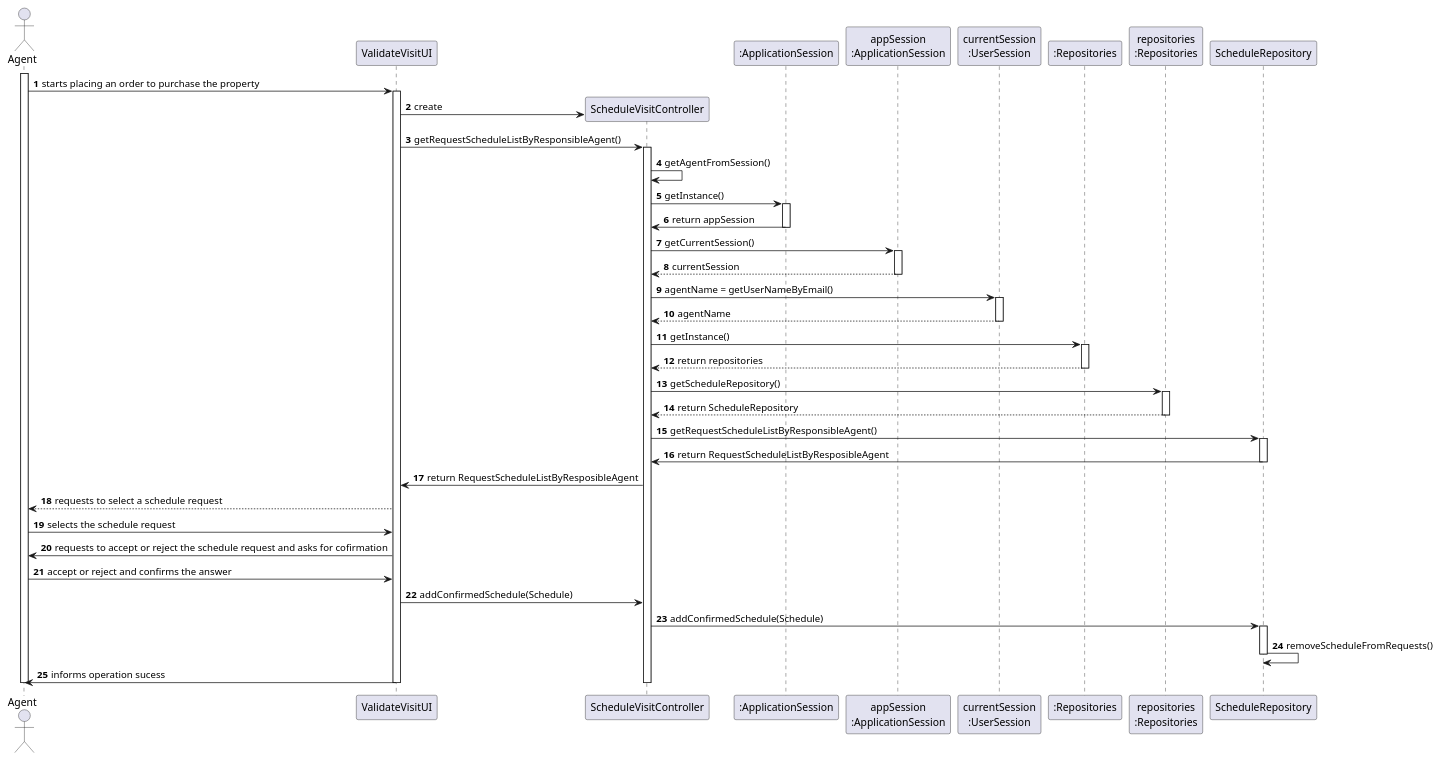
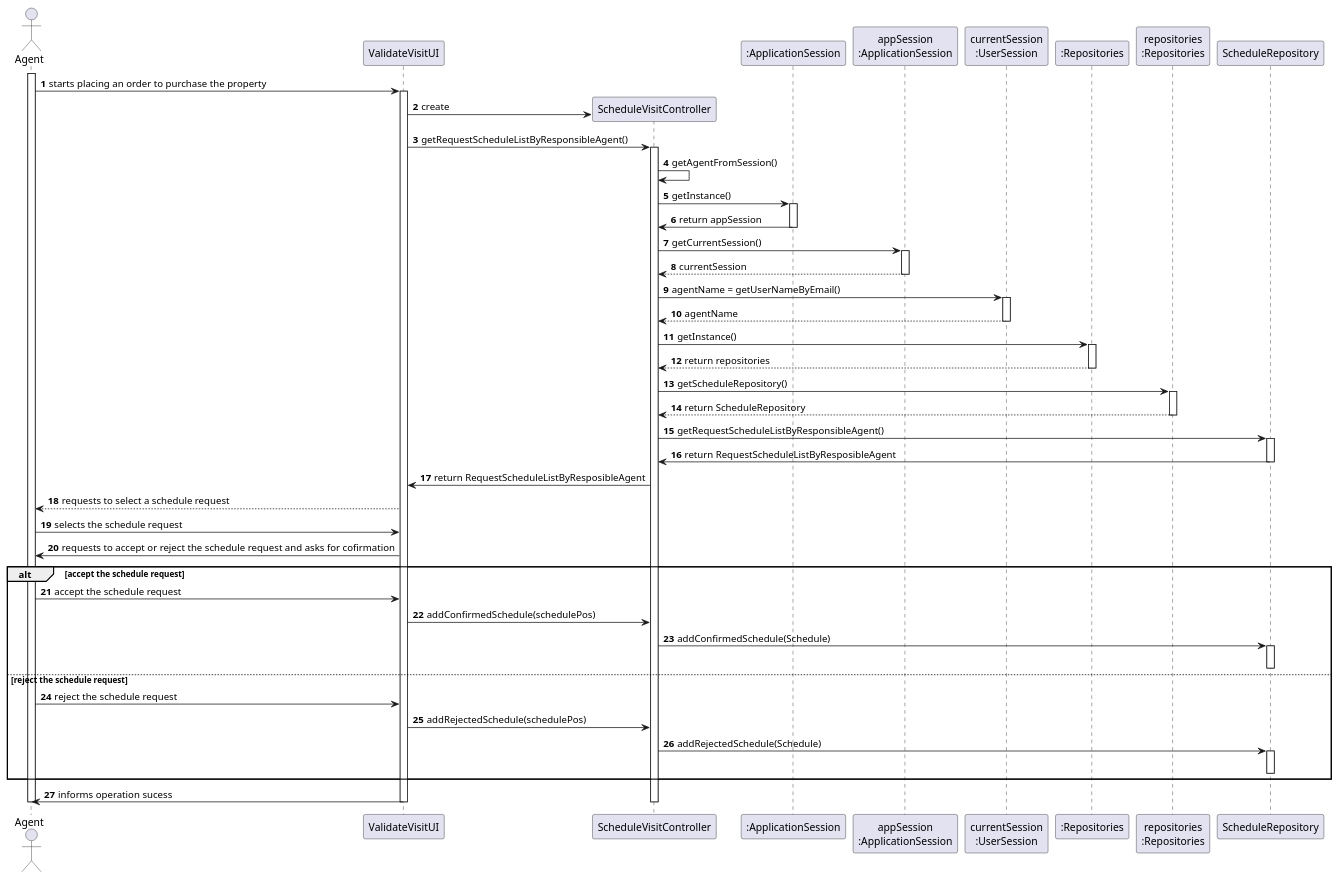
Before and after one commit to tiagohcorreia/LAPR2: the diagram in docs/sprintD/US016/03.design/puml/SD.puml, drawn with PlantUML. The commit also changed 2 other files, not shown here.

```diff
--- a/docs/sprintD/US016/03.design/puml/SD.puml
+++ b/docs/sprintD/US016/03.design/puml/SD.puml
@@ -1,82 +1,99 @@
 @startuml
 
 autonumber
 
 actor Agent as agent
 participant ValidateVisitUI as ui
 participant ScheduleVisitController as ctr
 participant ":ApplicationSession" as _APP
 participant "appSession\n:ApplicationSession" as APP
 participant "currentSession\n:UserSession" as sessao
 participant ScheduleRepository
 participant ":Repositories" as RepositorySingleton
 participant "repositories\n:Repositories" as rep
 participant ScheduleRepository
 
 autonumber
 
 activate agent
 
 agent -> ui: starts placing an order to purchase the property
 
 activate ui
 
 ui -> ctr** : create
 
 ui -> ctr: getRequestScheduleListByResponsibleAgent()
 
 activate ctr
 ctr -> ctr: getAgentFromSession()
 ctr -> _APP: getInstance()
 activate _APP
 _APP ->ctr: return appSession
 deactivate _APP
 ctr -> APP: getCurrentSession()
 activate APP
 APP --> ctr: currentSession
 deactivate APP
 ctr -> sessao: agentName = getUserNameByEmail()
 activate sessao
 sessao --> ctr : agentName
 deactivate sessao
 
 ctr -> RepositorySingleton: getInstance()
 activate RepositorySingleton
 RepositorySingleton --> ctr: return repositories
 deactivate RepositorySingleton
 
 ctr-> rep: getScheduleRepository()
 activate rep
 rep-->ctr: return ScheduleRepository
 deactivate rep
 
 ctr -> ScheduleRepository: getRequestScheduleListByResponsibleAgent()
 
 activate ScheduleRepository
 ScheduleRepository -> ctr: return RequestScheduleListByResposibleAgent
 deactivate ScheduleRepository
 
 ctr -> ui: return RequestScheduleListByResposibleAgent
 
 ui --> agent: requests to select a schedule request
 agent -> ui: selects the schedule request
 
 ui-> agent: requests to accept or reject the schedule request and asks for cofirmation
-agent-> ui: accept or reject and confirms the answer
 
-ui -> ctr: addConfirmedSchedule(Schedule)
+alt accept the schedule request
 
-ctr -> ScheduleRepository: addConfirmedSchedule(Schedule)
-activate ScheduleRepository
-ScheduleRepository-> ScheduleRepository: removeScheduleFromRequests()
-deactivate ScheduleRepository
+    agent-> ui: accept the schedule request
+
+    ui -> ctr: addConfirmedSchedule(schedulePos)
+
+    ctr -> ScheduleRepository: addConfirmedSchedule(Schedule)
+    activate ScheduleRepository
+
+    deactivate ScheduleRepository
+
+else reject the schedule request
+
+    agent-> ui: reject the schedule request
+
+    ui -> ctr: addRejectedSchedule(schedulePos)
+
+    ctr -> ScheduleRepository: addRejectedSchedule(Schedule)
+    activate ScheduleRepository
+
+    deactivate ScheduleRepository
+
+end
+
 ui-> agent: informs operation sucess
 
 
 deactivate ctr
 deactivate ui
 
 
 deactivate agent
 
 @enduml
```
